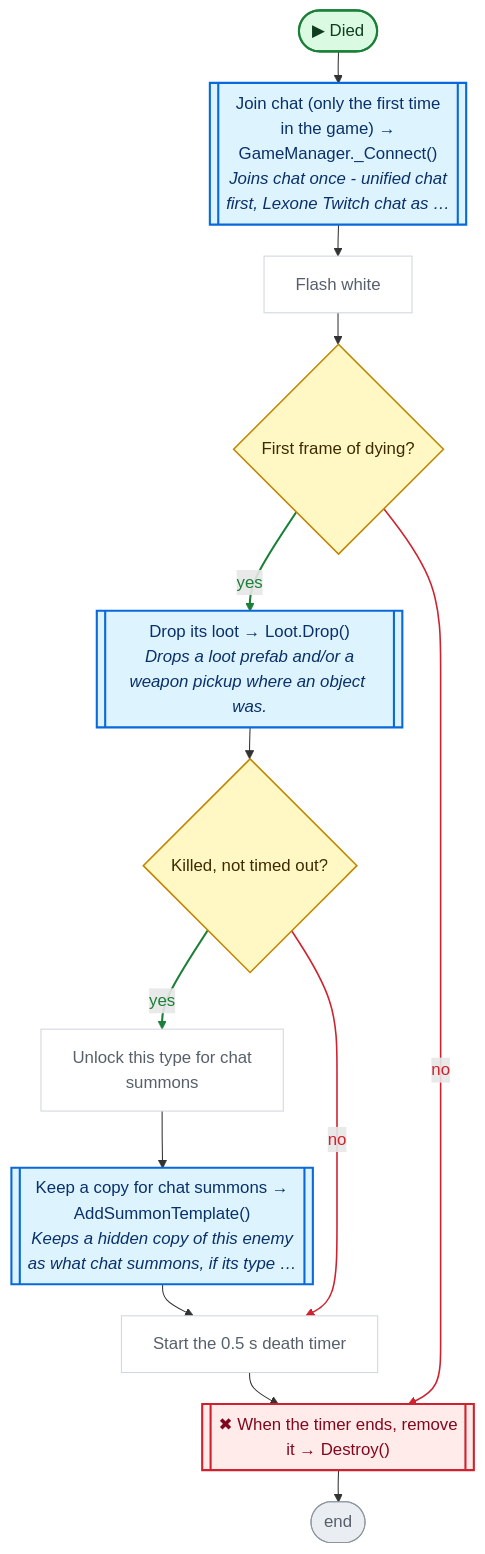
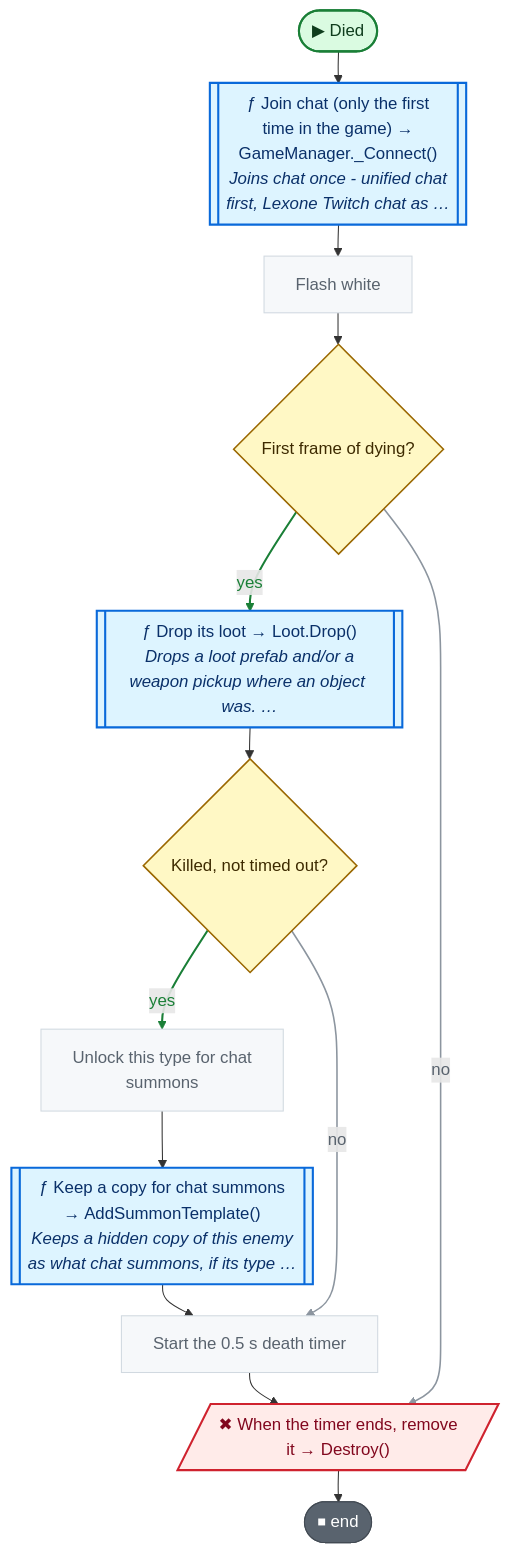
The fourth of 7 diagrams in CodeGraph~/graph/Enemy.cs.md (nataiai/Lord-of-the-Dungeon), drawn with Mermaid before and after one commit. The commit also changed other lines of this file and 57 other files, not shown here.

````diff
--- a/CodeGraph~/graph/Enemy.cs.md
+++ b/CodeGraph~/graph/Enemy.cs.md
@@ -215,57 +217,57 @@
 ```mermaid
 ---
 config:
   flowchart:
     wrappingWidth: 260
     nodeSpacing: 26
     rankSpacing: 30
 ---
 flowchart TD
   nS(["▶ Died"])
-  n5aa3bd[["Join chat (only the first time<br>in the game) →<br>GameManager._Connect()<br><i>Joins chat once - unified chat</i><br><i>first, Lexone Twitch chat as …</i>"]]
+  n5aa3bd[["ƒ Join chat (only the first<br>time in the game) →<br>GameManager._Connect()<br><i>Joins chat once - unified chat</i><br><i>first, Lexone Twitch chat as …</i>"]]
   nc3b092["Flash white"]
   nb8c209{"First frame of dying?"}
-  nea5049[["Drop its loot → Loot.Drop()<br><i>Drops a loot prefab and/or a</i><br><i>weapon pickup where an object was.</i>"]]
+  nea5049[["ƒ Drop its loot → Loot.Drop()<br><i>Drops a loot prefab and/or a</i><br><i>weapon pickup where an object was. …</i>"]]
   neefeeb{"Killed, not timed out?"}
   n49cef5["Unlock this type for chat<br>summons"]
-  n4fe11b[["Keep a copy for chat summons →<br>AddSummonTemplate()<br><i>Keeps a hidden copy of this enemy</i><br><i>as what chat summons, if its type …</i>"]]
+  n4fe11b[["ƒ Keep a copy for chat summons<br>→ AddSummonTemplate()<br><i>Keeps a hidden copy of this enemy</i><br><i>as what chat summons, if its type …</i>"]]
   n32efa2["Start the 0.5 s death timer"]
-  nf22dbd[["✖ When the timer ends, remove<br>it → Destroy()"]]
-  nE(["end"])
+  nf22dbd[/"✖ When the timer ends, remove<br>it → Destroy()"/]
+  nE(["⏹ end"])
   nS --> n5aa3bd
   n5aa3bd --> nc3b092
   nc3b092 --> nb8c209
   nb8c209 -->|yes| nea5049
   nea5049 --> neefeeb
   neefeeb -->|yes| n49cef5
   n49cef5 --> n4fe11b
   n4fe11b --> n32efa2
   neefeeb -->|no| n32efa2
   n32efa2 --> nf22dbd
   nb8c209 -->|no| nf22dbd
   nf22dbd --> nE
   linkStyle 3 stroke:#1a7f37,stroke-width:2px,color:#1a7f37
   linkStyle 5 stroke:#1a7f37,stroke-width:2px,color:#1a7f37
-  linkStyle 8 stroke:#cf222e,stroke-width:1.5px,color:#cf222e
-  linkStyle 10 stroke:#cf222e,stroke-width:1.5px,color:#cf222e
+  linkStyle 8 stroke:#8c959f,stroke-width:1.5px,color:#59636e
+  linkStyle 10 stroke:#8c959f,stroke-width:1.5px,color:#59636e
   classDef unity fill:#dafbe1,stroke:#1a7f37,stroke-width:2px,color:#0f3d1d
   classDef start fill:#dafbe1,stroke:#1a7f37,stroke-width:2px,color:#0f3d1d
-  classDef calc fill:#ffffff,stroke:#d0d7de,color:#57606a
+  classDef calc fill:#f6f8fa,stroke:#d1d9e0,color:#59636e
   classDef calls fill:#ddf4ff,stroke:#0969da,stroke-width:2px,color:#0a3069
-  classDef ext fill:#ddf4ff,stroke:#0969da,stroke-width:2px,stroke-dasharray:5 3,color:#0a3069
-  classDef cond fill:#fff8c5,stroke:#bf8700,stroke-width:1.5px,color:#3d2a00
-  classDef loop fill:#f6f8fa,stroke:#57606a,color:#1f2328
-  classDef exit fill:#ffebe9,stroke:#cf222e,color:#82071e
+  classDef ext fill:#f6f8fa,stroke:#59636e,stroke-width:1.5px,stroke-dasharray:5 5,color:#1f2328
+  classDef cond fill:#fff8c5,stroke:#9a6700,stroke-width:1.5px,color:#3d2a00
+  classDef loop fill:#fff8c5,stroke:#9a6700,color:#3d2a00
+  classDef wait fill:#fff8c5,stroke:#9a6700,color:#3d2a00
+  classDef exit fill:#59636e,stroke:#424a53,color:#ffffff
+  classDef fin fill:#59636e,stroke:#424a53,color:#ffffff
+  classDef act fill:#ffffff,stroke:#59636e,stroke-width:1.5px,color:#1f2328
   classDef kill fill:#ffebe9,stroke:#cf222e,stroke-width:2px,color:#82071e
-  classDef spawn fill:#dafbe1,stroke:#1a7f37,stroke-width:2px,color:#0f3d1d
-  classDef wait fill:#fff1e5,stroke:#bc4c00,color:#4d1d00
-  classDef fin fill:#eaeef2,stroke:#8c959f,color:#57606a
   classDef join fill:#d0d7de,stroke:#8c959f,color:#57606a
   classDef ghdr fill:#f5f9ff,stroke:#f5f9ff,color:#0a3069,font-weight:bold
   class nc3b092,n49cef5,n32efa2 calc
   class n5aa3bd,nea5049,n4fe11b calls
   class nb8c209,neefeeb cond
   class nE fin
   class nf22dbd kill
   class nS start
 ```
````
